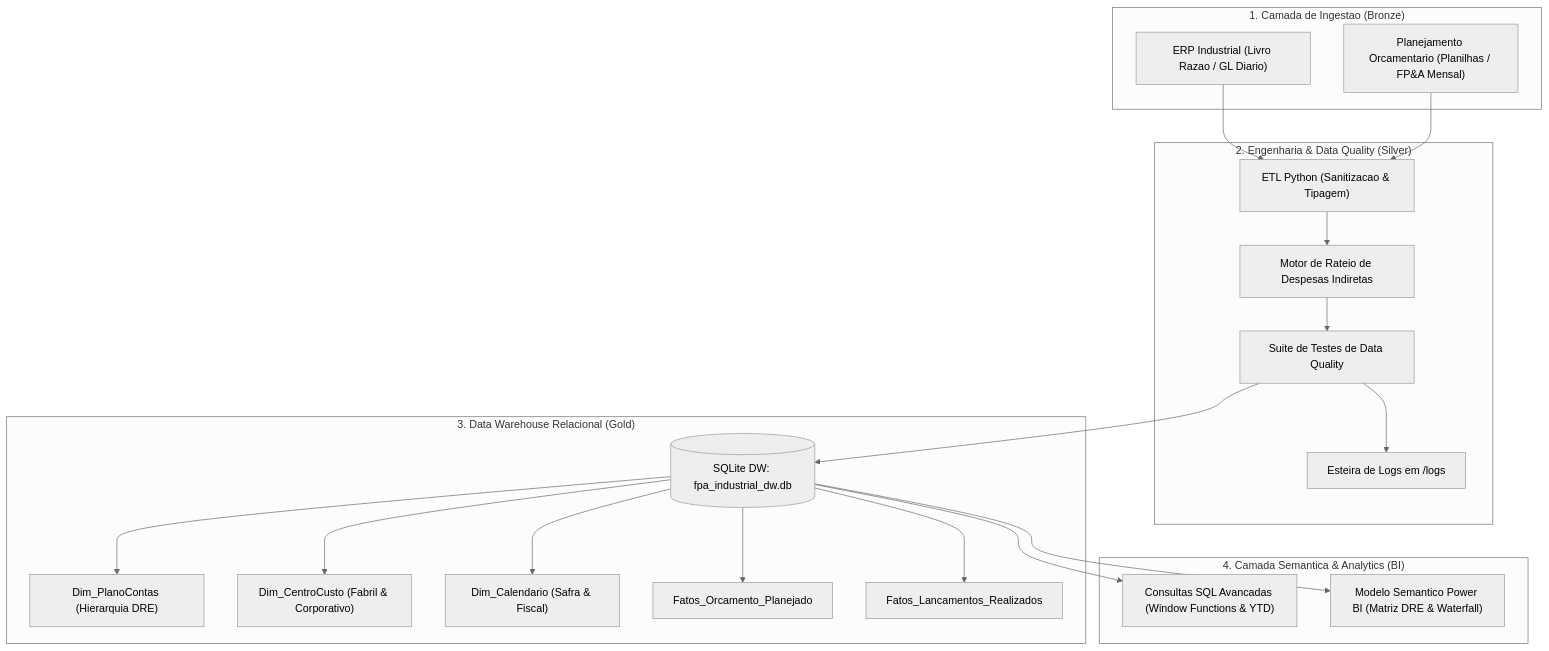
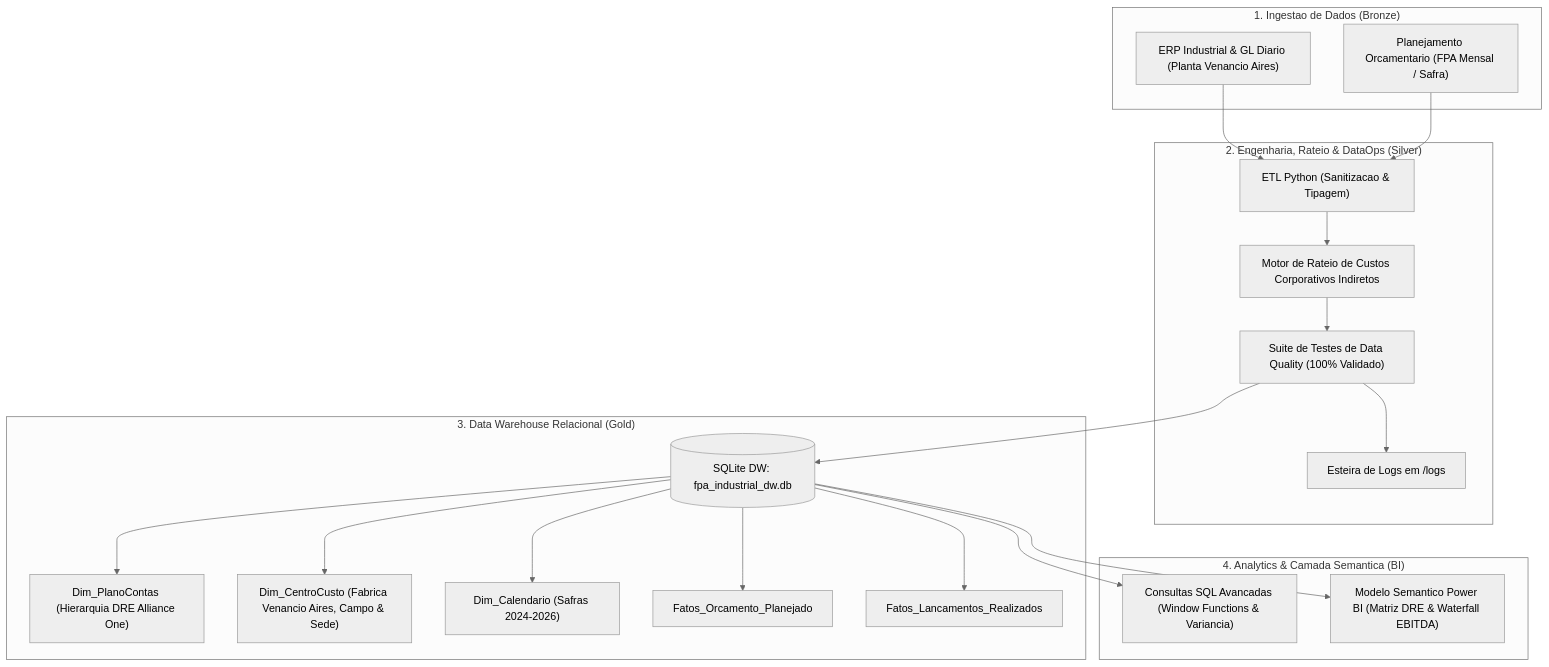
Before and after one commit to iagowalter/pipeline-fpa-controladoria-industrial: the first of 2 diagrams in README.md, drawn with Mermaid (neutral theme). The commit also changed other lines of this file and 11 other files, not shown here.

Commit message:
feat: adequacao da modelagem industrial e FPA para o polo Alliance One Venancio Aires

````diff
--- a/README.md
+++ b/README.md
@@ -11,38 +11,38 @@
 ```mermaid
 flowchart TD
-    subgraph Ingestao ["1. Camada de Ingestao (Bronze)"]
-        A1["ERP Industrial (Livro Razao / GL Diario)"]
-        A2["Planejamento Orcamentario (Planilhas / FP&A Mensal)"]
+    subgraph Ingestao ["1. Ingestao de Dados (Bronze)"]
+        A1["ERP Industrial & GL Diario (Planta Venancio Aires)"]
+        A2["Planejamento Orcamentario (FPA Mensal / Safra)"]
     end
 
-    subgraph Processamento ["2. Engenharia & Data Quality (Silver)"]
+    subgraph Processamento ["2. Engenharia, Rateio & DataOps (Silver)"]
         B1["ETL Python (Sanitizacao & Tipagem)"]
-        B2["Motor de Rateio de Despesas Indiretas"]
-        B3["Suite de Testes de Data Quality"]
+        B2["Motor de Rateio de Custos Corporativos Indiretos"]
+        B3["Suite de Testes de Data Quality (100% Validado)"]
         B4["Esteira de Logs em /logs"]
     end
 
     subgraph Armazenamento ["3. Data Warehouse Relacional (Gold)"]
         C1[("SQLite DW: fpa_industrial_dw.db")]
-        C2["Dim_PlanoContas (Hierarquia DRE)"]
-        C3["Dim_CentroCusto (Fabril & Corporativo)"]
-        C4["Dim_Calendario (Safra & Fiscal)"]
+        C2["Dim_PlanoContas (Hierarquia DRE Alliance One)"]
+        C3["Dim_CentroCusto (Fabrica Venancio Aires, Campo & Sede)"]
+        C4["Dim_Calendario (Safras 2024-2026)"]
         C5["Fatos_Orcamento_Planejado"]
         C6["Fatos_Lancamentos_Realizados"]
     end
 
-    subgraph Consumo ["4. Camada Semantica & Analytics (BI)"]
-        D1["Consultas SQL Avancadas (Window Functions & YTD)"]
-        D2["Modelo Semantico Power BI (Matriz DRE & Waterfall)"]
+    subgraph Consumo ["4. Analytics & Camada Semantica (BI)"]
+        D1["Consultas SQL Avancadas (Window Functions & Variancia)"]
+        D2["Modelo Semantico Power BI (Matriz DRE & Waterfall EBITDA)"]
     end
 
     A1 --> B1
     A2 --> B1
     B1 --> B2
     B2 --> B3
     B3 --> B4
     B3 --> C1
     C1 --> C2 & C3 & C4 & C5 & C6
     C1 --> D1
     C1 --> D2
 ```
````
